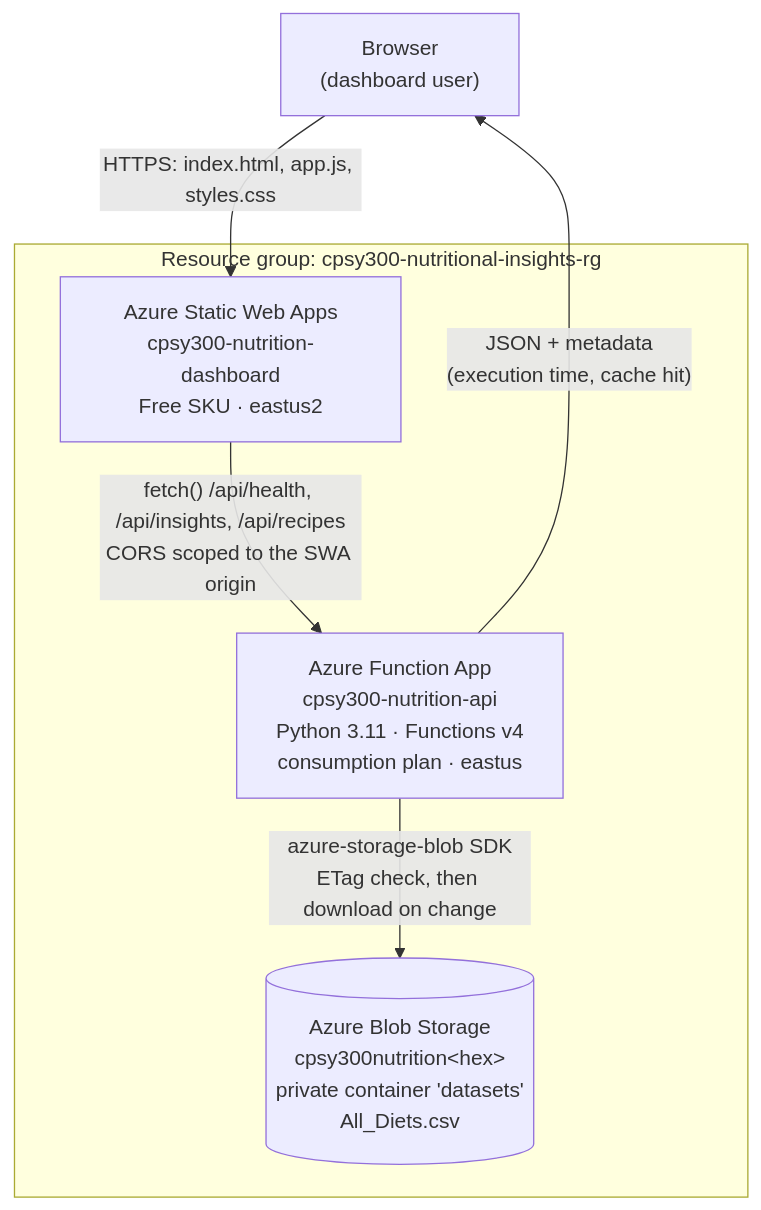
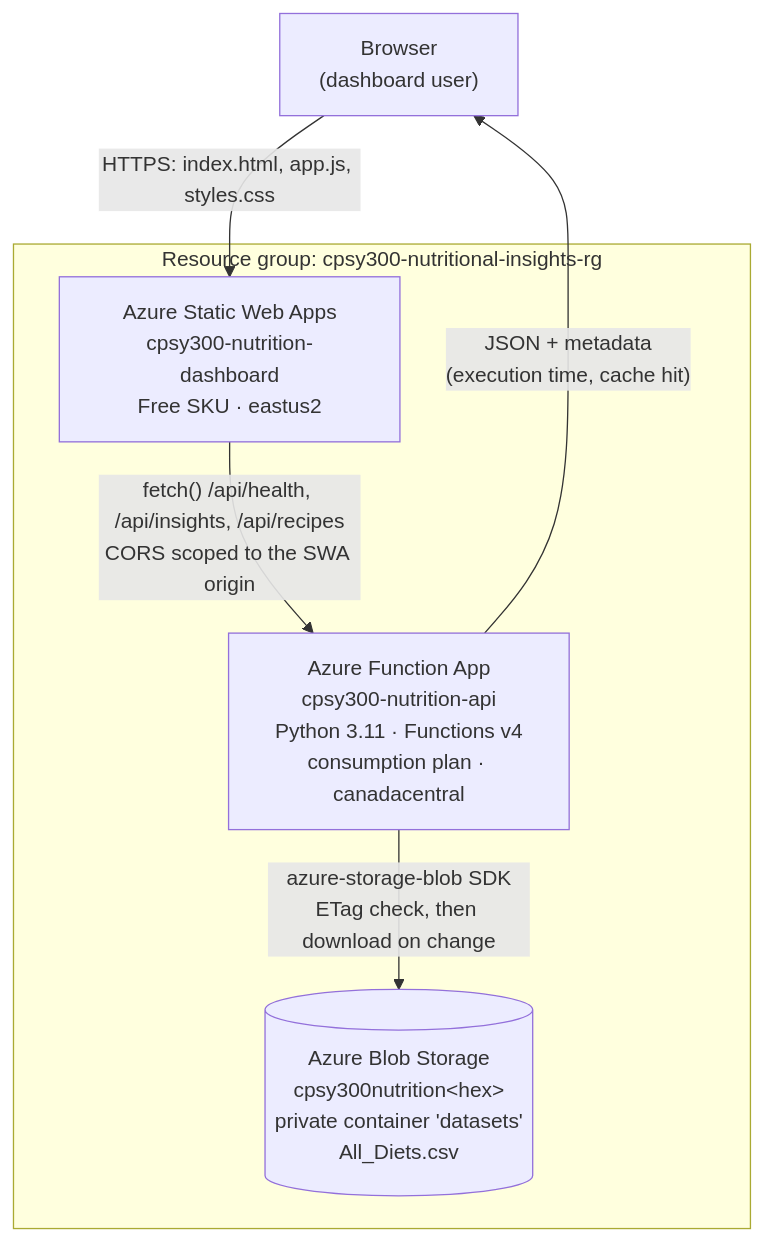
The diagram in Project2/docs/Phase2-Documentation.md (YUANDONG-YANG/cloud-computing), drawn with Mermaid before and after one commit. The commit also changed other lines of this file and 6 other files, not shown here.

````diff
--- a/Project2/docs/Phase2-Documentation.md
+++ b/Project2/docs/Phase2-Documentation.md
@@ -102,18 +103,18 @@
 ```mermaid
 flowchart TD
     U["Browser<br/>(dashboard user)"]
     SWA["Azure Static Web Apps<br/>cpsy300-nutrition-dashboard<br/>Free SKU · eastus2"]
-    FN["Azure Function App<br/>cpsy300-nutrition-api<br/>Python 3.11 · Functions v4<br/>consumption plan · eastus"]
+    FN["Azure Function App<br/>cpsy300-nutrition-api<br/>Python 3.11 · Functions v4<br/>consumption plan · canadacentral"]
     BLOB[("Azure Blob Storage<br/>cpsy300nutrition&lt;hex&gt;<br/>private container 'datasets'<br/>All_Diets.csv")]
 
     U -->|"HTTPS: index.html, app.js, styles.css"| SWA
     SWA -->|"fetch() /api/health, /api/insights, /api/recipes<br/>CORS scoped to the SWA origin"| FN
     FN -->|"azure-storage-blob SDK<br/>ETag check, then download on change"| BLOB
     FN -->|"JSON + metadata<br/>(execution time, cache hit)"| U
 
     subgraph RG["Resource group: cpsy300-nutritional-insights-rg"]
         SWA
         FN
         BLOB
     end
 ```
````
